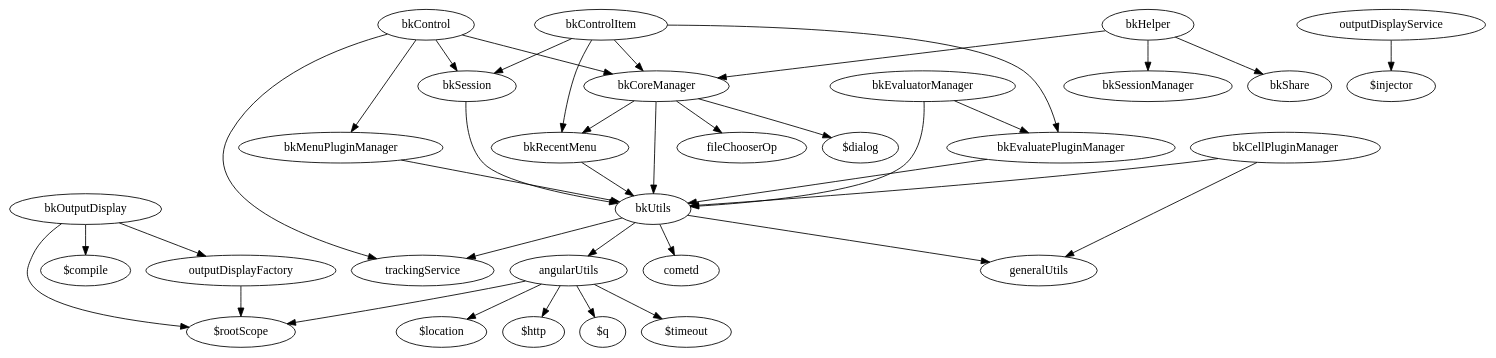
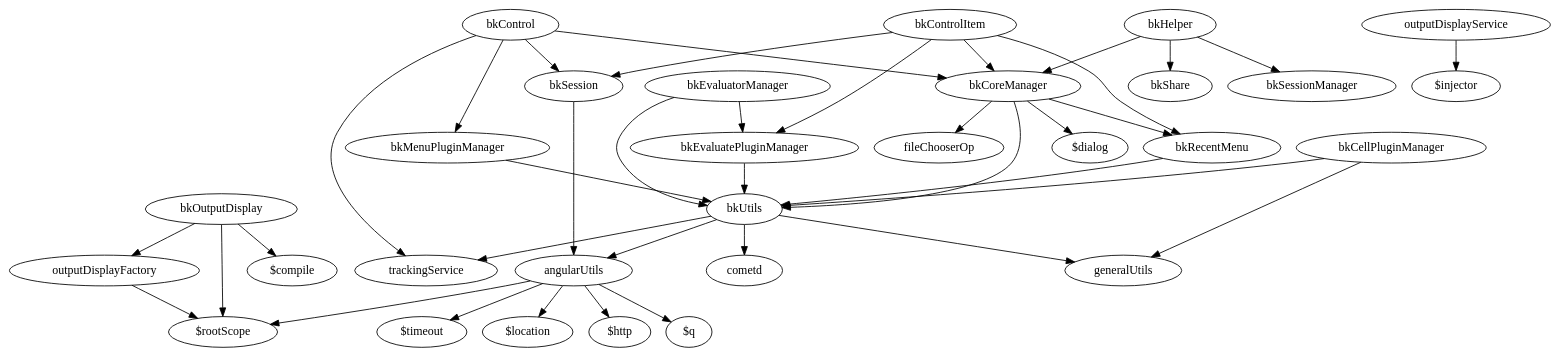
The diagram in bkControl.dot (anglee/hello), drawn with Graphviz before and after one commit. The commit also changed 2 other files, not shown here.

```diff
--- a/bkControl.dot
+++ b/bkControl.dot
@@ -1,53 +1,53 @@
 digraph G {
   angularUtils -> "$rootScope";
   angularUtils -> "$location";
   angularUtils -> "$http";
   angularUtils -> "$q";
   angularUtils -> "$timeout";
 
   bkCellPluginManager -> bkUtils;
   bkCellPluginManager -> generalUtils;
 
   bkControl -> bkCoreManager;
   bkControl -> bkSession;
   bkControl -> bkMenuPluginManager;
   bkControl -> trackingService;
 
   bkControlItem -> bkSession;
   bkControlItem -> bkCoreManager;
   bkControlItem -> bkRecentMenu;
   bkControlItem -> bkEvaluatePluginManager;
 
   bkCoreManager -> "$dialog";
   bkCoreManager -> bkUtils;
   bkCoreManager -> bkRecentMenu;
   bkCoreManager -> fileChooserOp;
 
   bkEvaluatePluginManager -> bkUtils;
 
   bkEvaluatorManager -> bkUtils;
   bkEvaluatorManager -> bkEvaluatePluginManager;
 
   bkHelper -> bkSessionManager;
   bkHelper -> bkCoreManager;
   bkHelper -> bkShare;
 
   bkMenuPluginManager -> bkUtils;
 
   outputDisplayService -> "$injector";
   outputDisplayFactory -> "$rootScope";
 
   bkOutputDisplay -> "$compile";
   bkOutputDisplay -> "$rootScope";
   bkOutputDisplay -> "outputDisplayFactory";
 
-  bkRecentMenu -> "bkUtils";
+  bkRecentMenu -> bkUtils;
 
-  bkSession -> bkUtils;
+  bkSession -> angularUtils;
 
   bkUtils -> generalUtils;
   bkUtils -> angularUtils;
   bkUtils -> trackingService;
   bkUtils -> cometd;
 
 }
```
